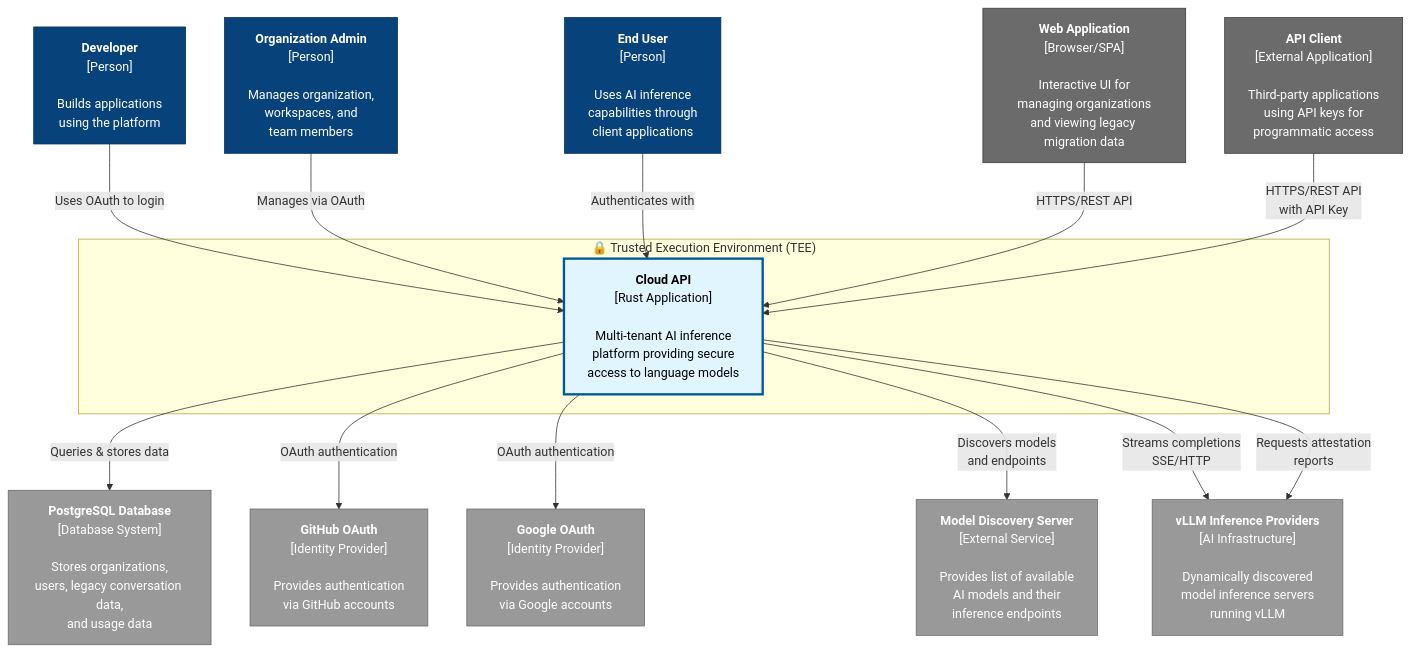
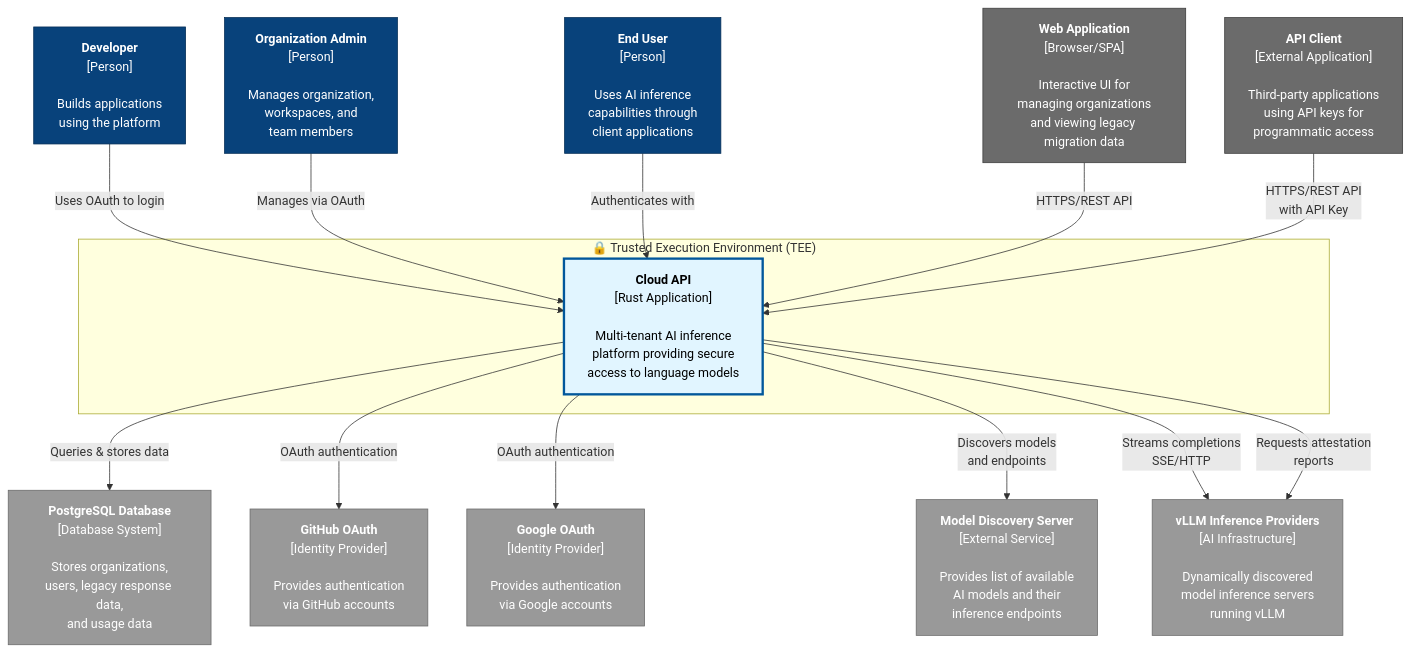
The first of 15 diagrams in docs/architecture/c4-diagrams.md (nearai/cloud-api), drawn with Mermaid before and after one commit. The commit also changed other lines of this file and 78 other files, not shown here.

````diff
--- a/docs/architecture/c4-diagrams.md
+++ b/docs/architecture/c4-diagrams.md
@@ -56,55 +56,55 @@
 ```mermaid
 graph TB
     subgraph TEE["🔒 Trusted Execution Environment (TEE)"]
         PlatformAPI["<b>Cloud API</b><br/>[Rust Application]<br/><br/>Multi-tenant AI inference<br/>platform providing secure<br/>access to language models"]
     end
     
     %% External Actors
     WebApp["<b>Web Application</b><br/>[Browser/SPA]<br/><br/>Interactive UI for<br/>managing organizations<br/>and viewing legacy migration data"]
     
     APIClient["<b>API Client</b><br/>[External Application]<br/><br/>Third-party applications<br/>using API keys for<br/>programmatic access"]
     
     Developer["<b>Developer</b><br/>[Person]<br/><br/>Builds applications<br/>using the platform"]
     
     OrgAdmin["<b>Organization Admin</b><br/>[Person]<br/><br/>Manages organization,<br/>workspaces, and<br/>team members"]
     
     EndUser["<b>End User</b><br/>[Person]<br/><br/>Uses AI inference<br/>capabilities through<br/>client applications"]
     
     %% External Systems
-    PostgreSQL["<b>PostgreSQL Database</b><br/>[Database System]<br/><br/>Stores organizations,<br/>users, legacy conversation data,<br/>and usage data"]
+    PostgreSQL["<b>PostgreSQL Database</b><br/>[Database System]<br/><br/>Stores organizations,<br/>users, legacy response data,<br/>and usage data"]
     
     GitHubOAuth["<b>GitHub OAuth</b><br/>[Identity Provider]<br/><br/>Provides authentication<br/>via GitHub accounts"]
     
     GoogleOAuth["<b>Google OAuth</b><br/>[Identity Provider]<br/><br/>Provides authentication<br/>via Google accounts"]
     
     ModelDiscovery["<b>Model Discovery Server</b><br/>[External Service]<br/><br/>Provides list of available<br/>AI models and their<br/>inference endpoints"]
     
     InferenceProviders["<b>vLLM Inference Providers</b><br/>[AI Infrastructure]<br/><br/>Dynamically discovered<br/>model inference servers<br/>running vLLM"]
     
     %% User Interactions
     Developer -->|Uses OAuth to login| PlatformAPI
     OrgAdmin -->|Manages via OAuth| PlatformAPI
     EndUser -->|Authenticates with| PlatformAPI
     
     WebApp -->|HTTPS/REST API| PlatformAPI
     APIClient -->|HTTPS/REST API<br/>with API Key| PlatformAPI
     
     %% System Interactions
     PlatformAPI -->|Queries & stores data| PostgreSQL
     PlatformAPI -->|OAuth authentication| GitHubOAuth
     PlatformAPI -->|OAuth authentication| GoogleOAuth
     PlatformAPI -->|Discovers models<br/>and endpoints| ModelDiscovery
     PlatformAPI -->|Streams completions<br/>SSE/HTTP| InferenceProviders
     PlatformAPI -->|Requests attestation<br/>reports| InferenceProviders
     
     %% Styling
     classDef teeSystem fill:#e1f5ff,stroke:#01579b,stroke-width:3px,color:#000
     classDef externalPerson fill:#08427b,stroke:#052e56,color:#fff
     classDef externalSystem fill:#999999,stroke:#6b6b6b,color:#fff
     classDef externalApp fill:#6b6b6b,stroke:#3d3d3d,color:#fff
     
     class PlatformAPI teeSystem
     class Developer,OrgAdmin,EndUser externalPerson
     class PostgreSQL,GitHubOAuth,GoogleOAuth,ModelDiscovery,InferenceProviders externalSystem
     class WebApp,APIClient externalApp
 ```
````
